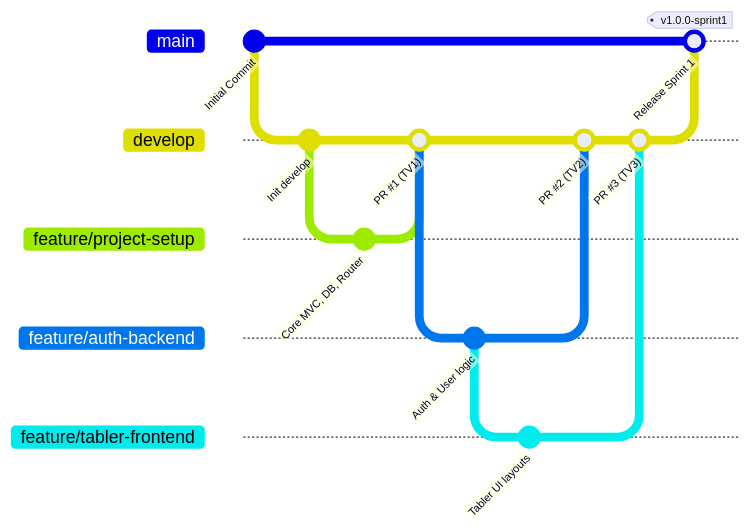
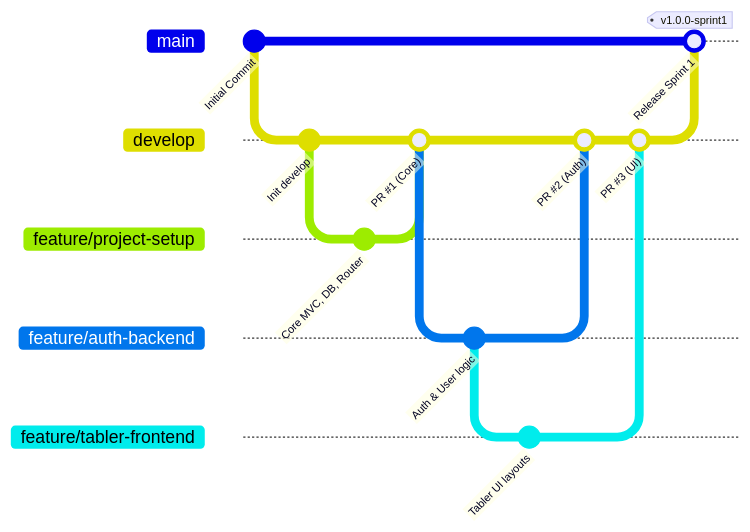
Before and after one commit to Ngatran2784/internship-management: the diagram in docs/git-workflow.md, drawn with Mermaid. The commit also changed other lines of this file and 13 other files, not shown here.

````diff
--- a/docs/git-workflow.md
+++ b/docs/git-workflow.md
@@ -12,28 +12,28 @@
 ```mermaid
 gitGraph
     commit id: "Initial Commit"
     branch develop
     checkout develop
     commit id: "Init develop"
     
     branch feature/project-setup
     checkout feature/project-setup
     commit id: "Core MVC, DB, Router"
     checkout develop
-    merge feature/project-setup id: "PR #1 (TV1)"
+    merge feature/project-setup id: "PR #1 (Core)"
     
     branch feature/auth-backend
     checkout feature/auth-backend
     commit id: "Auth & User logic"
     
     branch feature/tabler-frontend
     checkout feature/tabler-frontend
     commit id: "Tabler UI layouts"
     
     checkout develop
-    merge feature/auth-backend id: "PR #2 (TV2)"
-    merge feature/tabler-frontend id: "PR #3 (TV3)"
+    merge feature/auth-backend id: "PR #2 (Auth)"
+    merge feature/tabler-frontend id: "PR #3 (UI)"
     
     checkout main
     merge develop id: "Release Sprint 1" tag: "v1.0.0-sprint1"
 ```
````
